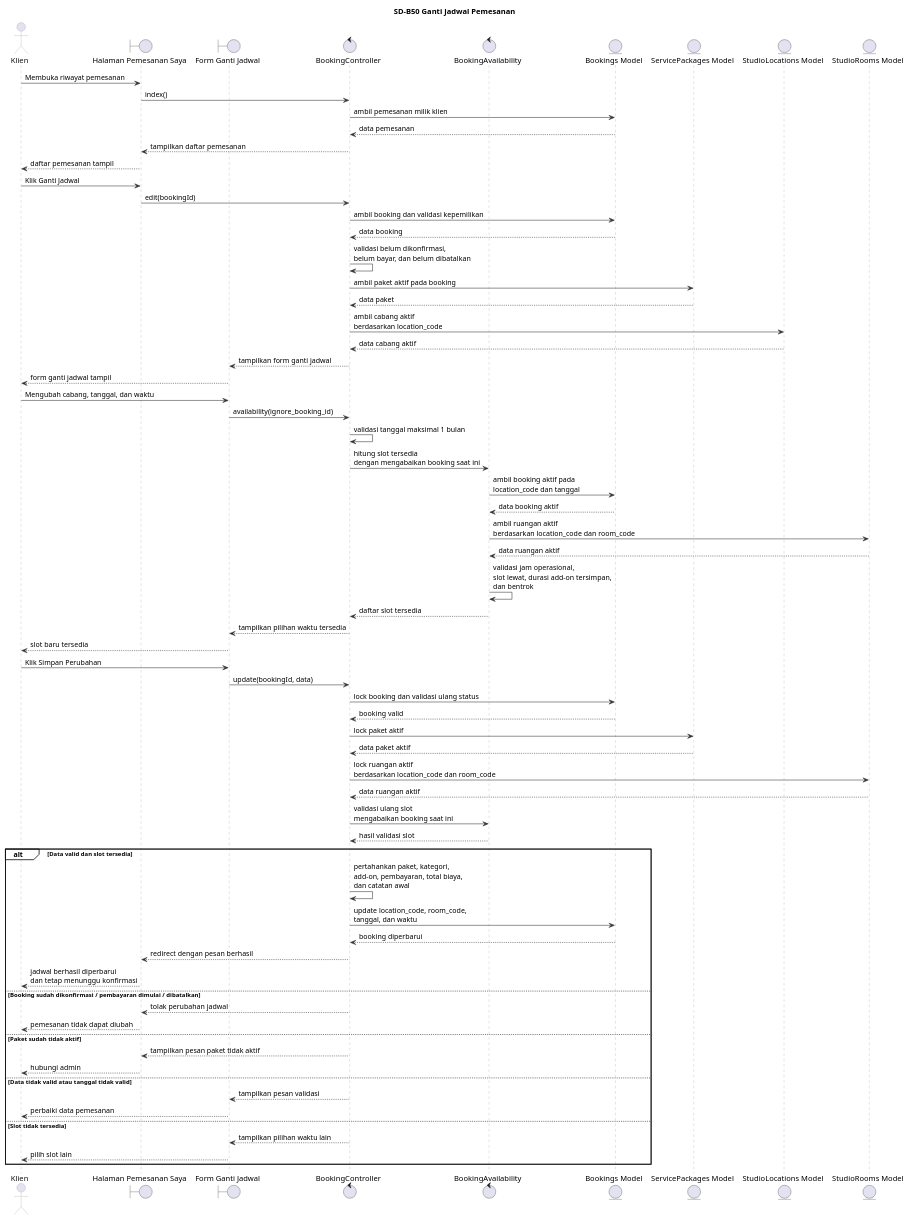
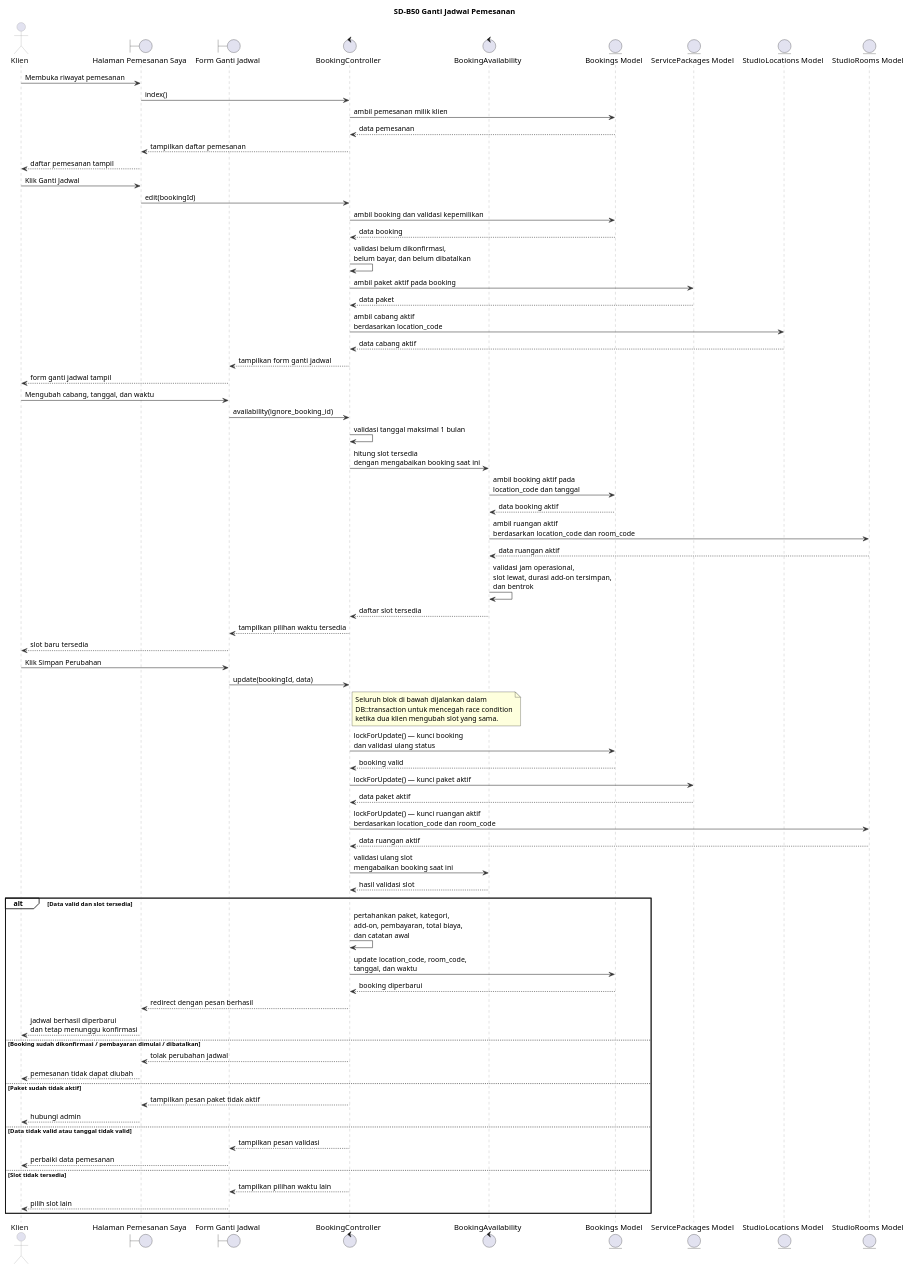
Before and after one commit to Fajrinputra/alterstudio-ta: the diagram in sequence/SD-B50.puml, drawn with PlantUML. The commit also changed 8 other files, not shown here.

```diff
--- a/sequence/SD-B50.puml
+++ b/sequence/SD-B50.puml
@@ -1,93 +1,98 @@
 @startuml
 title SD-B50 Ganti Jadwal Pemesanan
 
 skinparam backgroundColor white
 skinparam shadowing false
 skinparam BoxPadding 4
 skinparam sequence {
     ArrowColor #333333
     LifeLineBorderColor #999999
     LifeLineBackgroundColor white
     ParticipantBorderColor #999999
     ParticipantBackgroundColor #ECEEF8
     ParticipantFontColor #111111
     ActorBorderColor #999999
     ActorFontColor #111111
     GroupBorderColor #111111
     GroupBackgroundColor transparent
 }
 
 actor "Klien" as Klien
 boundary "Halaman Pemesanan Saya" as HalamanPemesanan
 boundary "Form Ganti Jadwal" as FormGantiJadwal
 control "BookingController" as BookingController
 control "BookingAvailability" as BookingAvailability
 entity "Bookings Model" as Booking
 entity "ServicePackages Model" as ServicePackage
 entity "StudioLocations Model" as StudioLocation
 entity "StudioRooms Model" as StudioRoom
 
 Klien -> HalamanPemesanan : Membuka riwayat pemesanan
 HalamanPemesanan -> BookingController : index()
 BookingController -> Booking : ambil pemesanan milik klien
 Booking --> BookingController : data pemesanan
 BookingController --> HalamanPemesanan : tampilkan daftar pemesanan
 HalamanPemesanan --> Klien : daftar pemesanan tampil
 
 Klien -> HalamanPemesanan : Klik Ganti Jadwal
 HalamanPemesanan -> BookingController : edit(bookingId)
 BookingController -> Booking : ambil booking dan validasi kepemilikan
 Booking --> BookingController : data booking
 BookingController -> BookingController : validasi belum dikonfirmasi,\nbelum bayar, dan belum dibatalkan
 BookingController -> ServicePackage : ambil paket aktif pada booking
 ServicePackage --> BookingController : data paket
 BookingController -> StudioLocation : ambil cabang aktif\nberdasarkan location_code
 StudioLocation --> BookingController : data cabang aktif
 BookingController --> FormGantiJadwal : tampilkan form ganti jadwal
 FormGantiJadwal --> Klien : form ganti jadwal tampil
 
 Klien -> FormGantiJadwal : Mengubah cabang, tanggal, dan waktu
 FormGantiJadwal -> BookingController : availability(ignore_booking_id)
 BookingController -> BookingController : validasi tanggal maksimal 1 bulan
 BookingController -> BookingAvailability : hitung slot tersedia\ndengan mengabaikan booking saat ini
 BookingAvailability -> Booking : ambil booking aktif pada\nlocation_code dan tanggal
 Booking --> BookingAvailability : data booking aktif
 BookingAvailability -> StudioRoom : ambil ruangan aktif\nberdasarkan location_code dan room_code
 StudioRoom --> BookingAvailability : data ruangan aktif
 BookingAvailability -> BookingAvailability : validasi jam operasional,\nslot lewat, durasi add-on tersimpan,\ndan bentrok
 BookingAvailability --> BookingController : daftar slot tersedia
 BookingController --> FormGantiJadwal : tampilkan pilihan waktu tersedia
 FormGantiJadwal --> Klien : slot baru tersedia
 
 Klien -> FormGantiJadwal : Klik Simpan Perubahan
 FormGantiJadwal -> BookingController : update(bookingId, data)
-BookingController -> Booking : lock booking dan validasi ulang status
+note right of BookingController
+  Seluruh blok di bawah dijalankan dalam
+  DB::transaction untuk mencegah race condition
+  ketika dua klien mengubah slot yang sama.
+end note
+BookingController -> Booking : lockForUpdate() — kunci booking\ndan validasi ulang status
 Booking --> BookingController : booking valid
-BookingController -> ServicePackage : lock paket aktif
+BookingController -> ServicePackage : lockForUpdate() — kunci paket aktif
 ServicePackage --> BookingController : data paket aktif
-BookingController -> StudioRoom : lock ruangan aktif\nberdasarkan location_code dan room_code
+BookingController -> StudioRoom : lockForUpdate() — kunci ruangan aktif\nberdasarkan location_code dan room_code
 StudioRoom --> BookingController : data ruangan aktif
 BookingController -> BookingAvailability : validasi ulang slot\nmengabaikan booking saat ini
 BookingAvailability --> BookingController : hasil validasi slot
 
 alt Data valid dan slot tersedia
     BookingController -> BookingController : pertahankan paket, kategori,\nadd-on, pembayaran, total biaya,\ndan catatan awal
     BookingController -> Booking : update location_code, room_code,\ntanggal, dan waktu
     Booking --> BookingController : booking diperbarui
     BookingController --> HalamanPemesanan : redirect dengan pesan berhasil
     HalamanPemesanan --> Klien : jadwal berhasil diperbarui\ndan tetap menunggu konfirmasi
 else Booking sudah dikonfirmasi / pembayaran dimulai / dibatalkan
     BookingController --> HalamanPemesanan : tolak perubahan jadwal
     HalamanPemesanan --> Klien : pemesanan tidak dapat diubah
 else Paket sudah tidak aktif
     BookingController --> HalamanPemesanan : tampilkan pesan paket tidak aktif
     HalamanPemesanan --> Klien : hubungi admin
 else Data tidak valid atau tanggal tidak valid
     BookingController --> FormGantiJadwal : tampilkan pesan validasi
     FormGantiJadwal --> Klien : perbaiki data pemesanan
 else Slot tidak tersedia
     BookingController --> FormGantiJadwal : tampilkan pilihan waktu lain
     FormGantiJadwal --> Klien : pilih slot lain
 end
 
 @enduml
```
